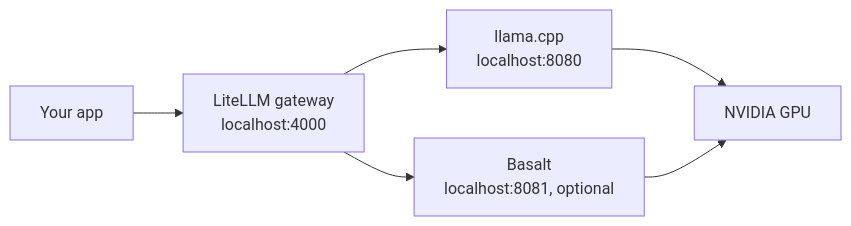
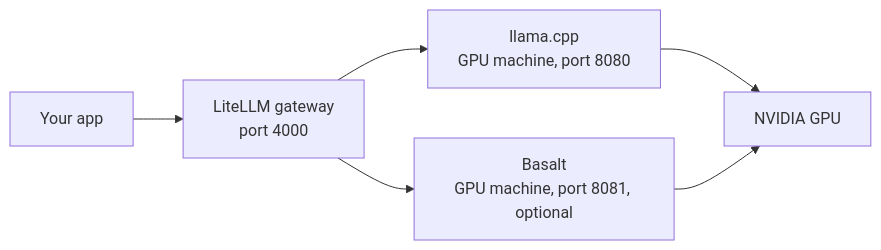
Before and after one commit to AzPepoze/litellm-llamacpp-setup: the diagram in README.md, drawn with Mermaid. The commit also changed other lines of this file and 10 other files, not shown here.

````diff
--- a/README.md
+++ b/README.md
@@ -9,8 +9,8 @@
 ```mermaid
 flowchart LR
-    App[Your app] --> LiteLLM[LiteLLM gateway<br/>localhost:4000]
-    LiteLLM --> LlamaCpp[llama.cpp<br/>localhost:8080]
-    LiteLLM --> Basalt[Basalt<br/>localhost:8081, optional]
+    App[Your app] --> LiteLLM[LiteLLM gateway<br/>port 4000]
+    LiteLLM --> LlamaCpp[llama.cpp<br/>GPU machine, port 8080]
+    LiteLLM --> Basalt[Basalt<br/>GPU machine, port 8081, optional]
     LlamaCpp --> GPU[NVIDIA GPU]
     Basalt --> GPU
 ```
````
